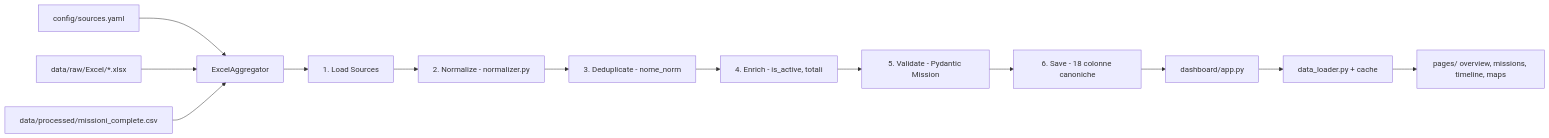
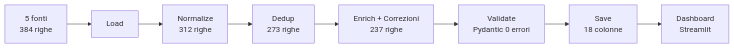
The diagram in README.md (CosimoMelella92/MIDA-Missioni-Internazionali-e-Dati-Analitici), drawn with Mermaid before and after one commit. The commit also changed other lines of this file and 5 other files, not shown here.

````diff
--- a/README.md
+++ b/README.md
@@ -167,15 +113,10 @@
 ```mermaid
 graph LR
-    A[config/sources.yaml] --> B[ExcelAggregator]
-    C[data/raw/Excel/*.xlsx] --> B
-    D[data/processed/missioni_complete.csv] --> B
-    B --> E[1. Load Sources]
-    E --> F[2. Normalize - normalizer.py]
-    F --> G[3. Deduplicate - nome_norm]
-    G --> H[4. Enrich - is_active, totali]
-    H --> I[5. Validate - Pydantic Mission]
-    I --> J[6. Save - 18 colonne canoniche]
-    J --> K[dashboard/app.py]
-    K --> L[data_loader.py + cache]
-    L --> M[pages/ overview, missions, timeline, maps]
+    A[5 fonti<br/>384 righe] --> B[Load]
+    B --> C[Normalize<br/>312 righe]
+    C --> D[Dedup<br/>273 righe]
+    D --> E[Enrich + Correzioni<br/>237 righe]
+    E --> F[Validate<br/>Pydantic 0 errori]
+    F --> G[Save<br/>18 colonne]
+    G --> H[Dashboard<br/>Streamlit]
 ```
````
